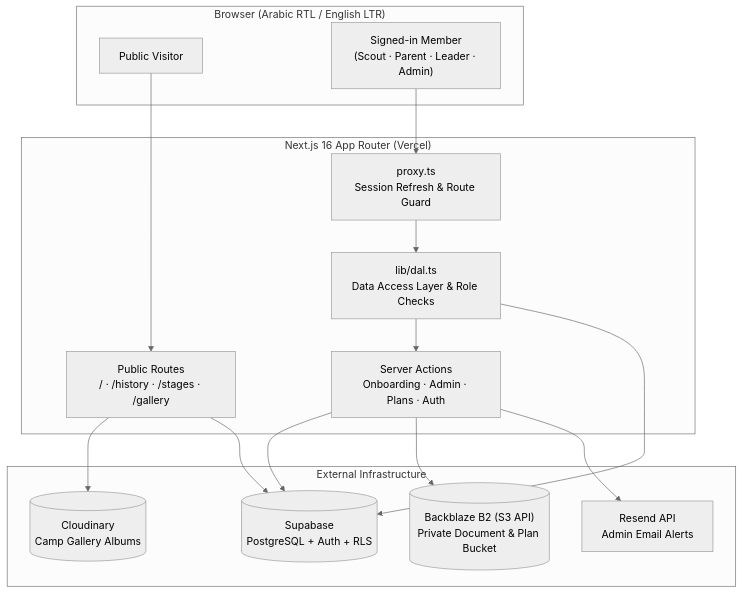
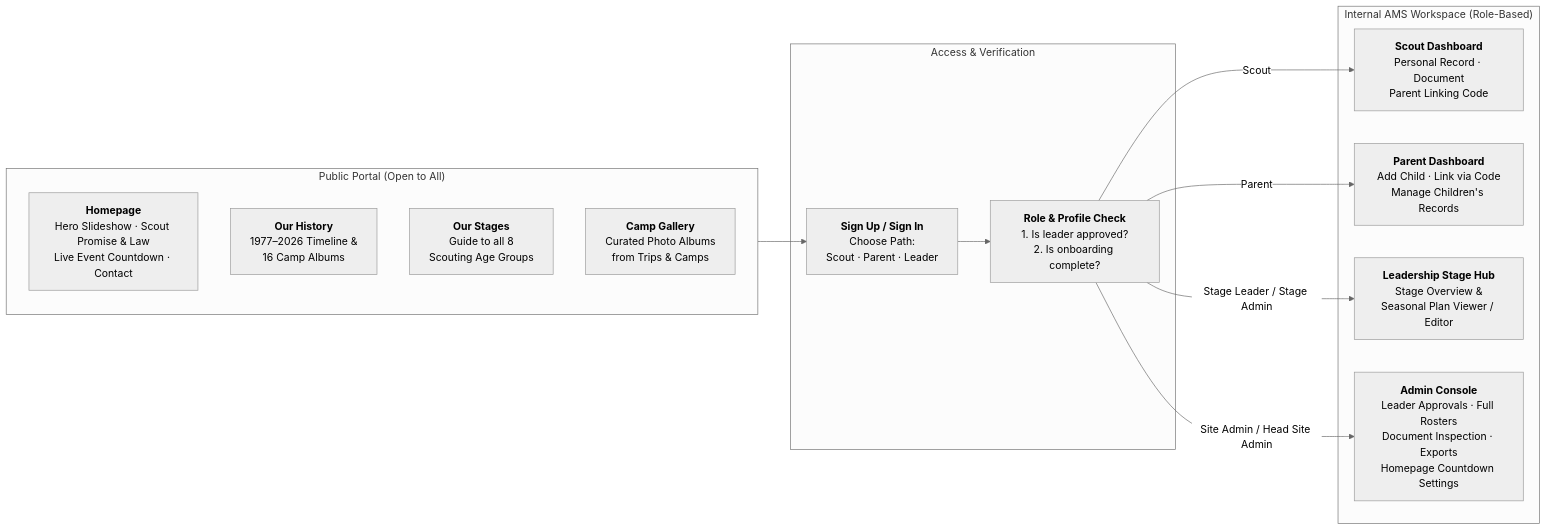
One commit to joe02692/SSG_website_AMS changed the second of 6 diagrams in README.md. Above: the diagram before and after it, drawn with Mermaid (neutral theme). The commit also changed other lines of this file, not shown here.

````diff
--- a/README.md
+++ b/README.md
@@ -49,32 +89,27 @@
 ```mermaid
-flowchart TB
-    subgraph Client["Browser (Arabic RTL / English LTR)"]
-        Visitor["Public Visitor"]
-        Member["Signed-in Member<br/>(Scout · Parent · Leader · Admin)"]
+flowchart LR
+    subgraph Public["Public Portal (Open to All)"]
+        Home["<b>Homepage</b><br/>Hero Slideshow · Scout Promise & Law<br/>Live Event Countdown · Contact"]
+        History["<b>Our History</b><br/>1977–2026 Timeline &<br/>16 Camp Albums"]
+        Stages["<b>Our Stages</b><br/>Guide to all 8<br/>Scouting Age Groups"]
+        Gallery["<b>Camp Gallery</b><br/>Curated Photo Albums<br/>from Trips & Camps"]
     end
 
-    subgraph NextApp["Next.js 16 App Router (Vercel)"]
-        PublicPages["Public Routes<br/>/ · /history · /stages · /gallery"]
-        Proxy["proxy.ts<br/>Session Refresh & Route Guard"]
-        DAL["lib/dal.ts<br/>Data Access Layer & Role Checks"]
-        Actions["Server Actions<br/>Onboarding · Admin · Plans · Auth"]
+    subgraph AuthGate["Access & Verification"]
+        Auth["<b>Sign Up / Sign In</b><br/>Choose Path:<br/>Scout · Parent · Leader"]
+        Verify["<b>Role & Profile Check</b><br/>1. Is leader approved?<br/>2. Is onboarding complete?"]
     end
 
-    subgraph Services["External Infrastructure"]
-        Supabase[("Supabase<br/>PostgreSQL + Auth + RLS")]
-        B2[("Backblaze B2 (S3 API)<br/>Private Document & Plan Bucket")]
-        Cloudinary[("Cloudinary<br/>Camp Gallery Albums")]
-        Resend["Resend API<br/>Admin Email Alerts"]
+    subgraph Workspace["Internal AMS Workspace (Role-Based)"]
+        ScoutDash["<b>Scout Dashboard</b><br/>Personal Record · Document<br/>Parent Linking Code"]
+        ParentDash["<b>Parent Dashboard</b><br/>Add Child · Link via Code<br/>Manage Children's Records"]
+        StageHub["<b>Leadership Stage Hub</b><br/>Stage Overview &<br/>Seasonal Plan Viewer / Editor"]
+        AdminConsole["<b>Admin Console</b><br/>Leader Approvals · Full Rosters<br/>Document Inspection · Exports<br/>Homepage Countdown Settings"]
     end
 
-    Visitor --> PublicPages
-    Member --> Proxy --> DAL --> Actions
-
-    PublicPages --> Cloudinary
-    PublicPages --> Supabase
-
-    DAL --> Supabase
-    Actions --> Supabase
-    Actions --> B2
-    Actions --> Resend
+    Public --> Auth --> Verify
+    Verify -->|Scout| ScoutDash
+    Verify -->|Parent| ParentDash
+    Verify -->|Stage Leader / Stage Admin| StageHub
+    Verify -->|Site Admin / Head Site Admin| AdminConsole
 ```
````
